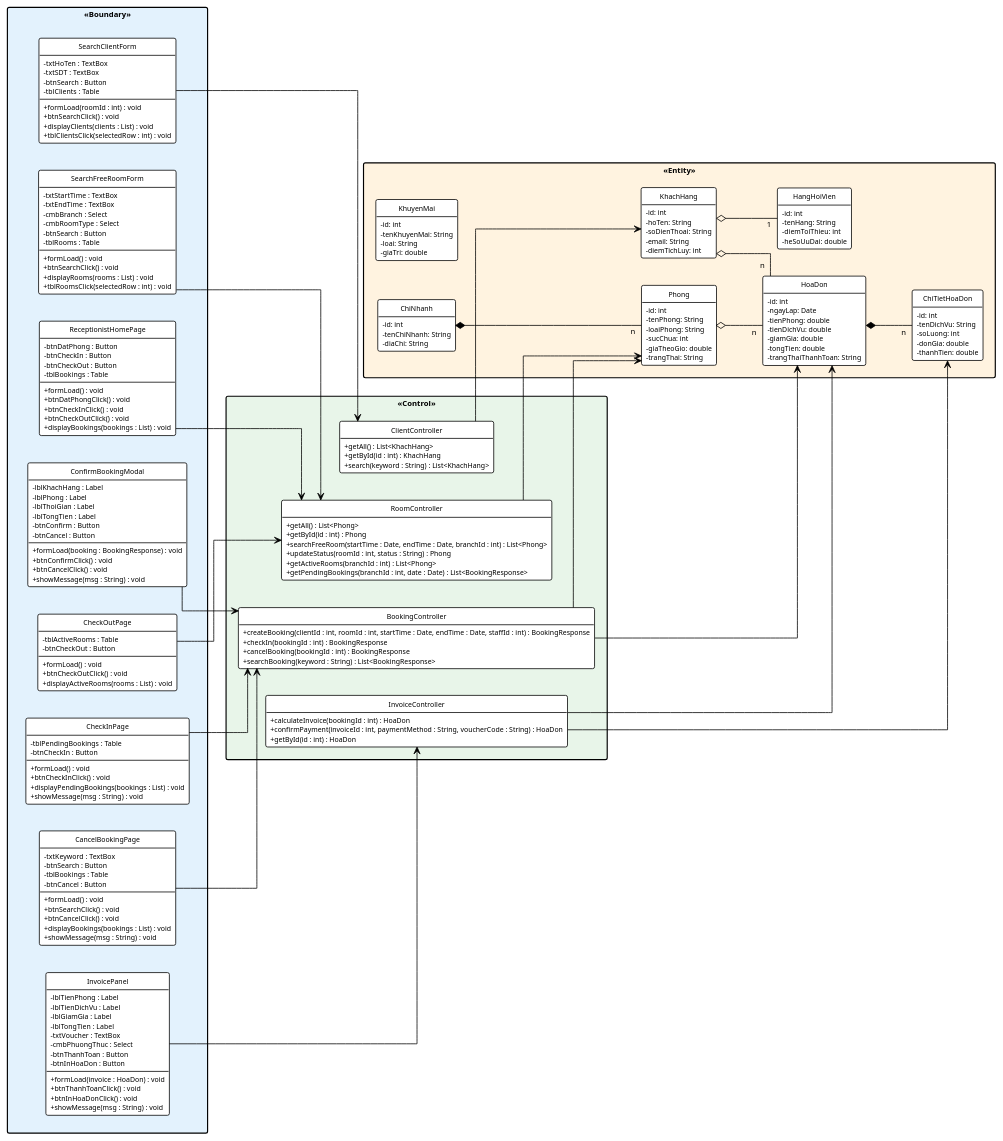
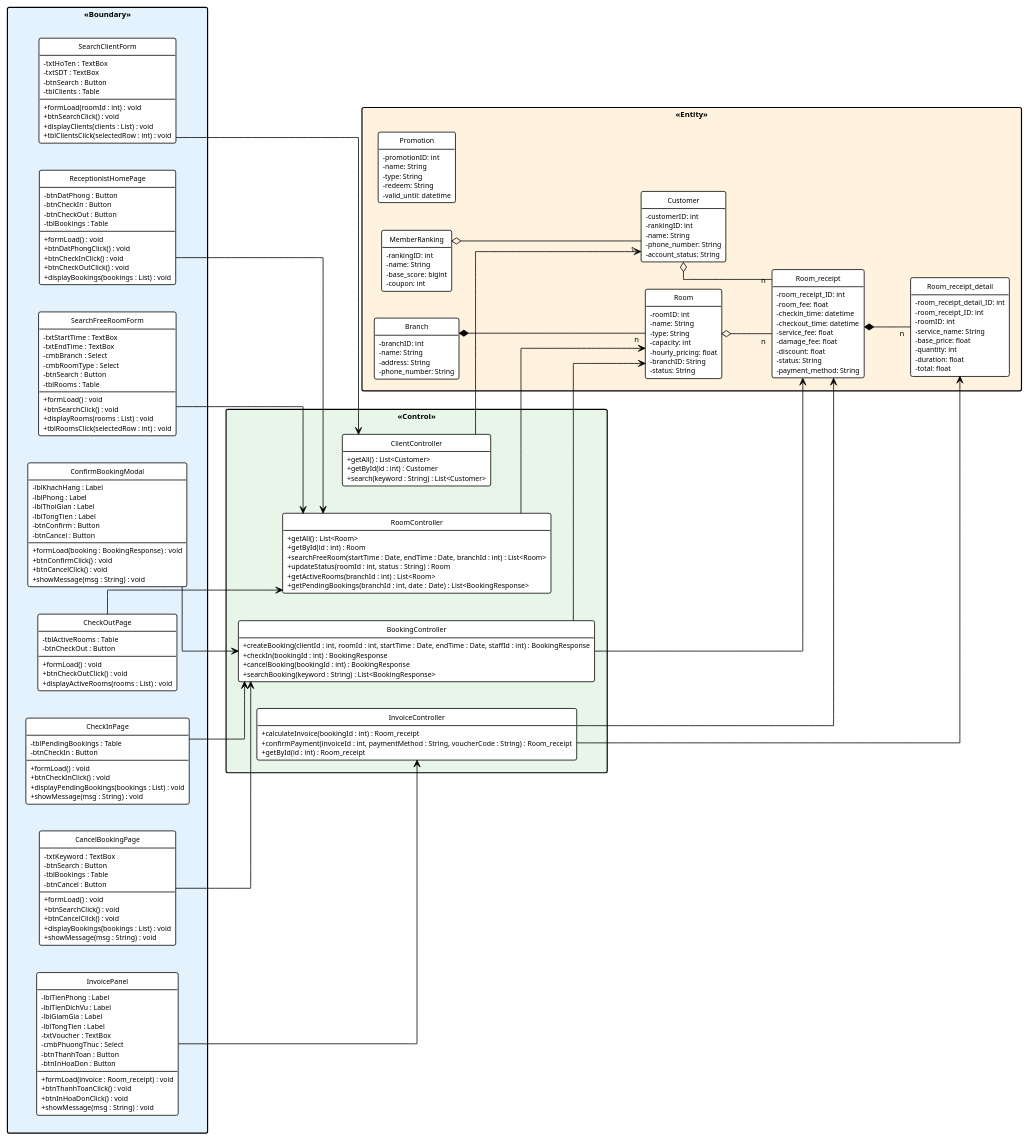
The diagram in docs/tabs/section-booking-iii.3.2.md (thanhtrnnn/cnpm), drawn with PlantUML before and after one commit. The commit also changed other lines of this file and 4 other files, not shown here.

````diff
--- a/docs/tabs/section-booking-iii.3.2.md
+++ b/docs/tabs/section-booking-iii.3.2.md
@@ -278,7 +278,7 @@
       -cmbPhuongThuc : Select
       -btnThanhToan : Button
       -btnInHoaDon : Button
-      +formLoad(invoice : HoaDon) : void
+      +formLoad(invoice : Room_receipt) : void
       +btnThanhToanClick() : void
       +btnInHoaDonClick() : void
       +showMessage(msg : String) : void
@@ -299,17 +299,17 @@
 
 package "<<Control>>" #E8F5E9 {
   class RoomController {
-    +getAll() : List<Phong>
-    +getById(id : int) : Phong
-    +searchFreeRoom(startTime : Date, endTime : Date, branchId : int) : List<Phong>
-    +updateStatus(roomId : int, status : String) : Phong
-    +getActiveRooms(branchId : int) : List<Phong>
+    +getAll() : List<Room>
+    +getById(id : int) : Room
+    +searchFreeRoom(startTime : Date, endTime : Date, branchId : int) : List<Room>
+    +updateStatus(roomId : int, status : String) : Room
+    +getActiveRooms(branchId : int) : List<Room>
     +getPendingBookings(branchId : int, date : Date) : List<BookingResponse>
   }
   class ClientController {
-    +getAll() : List<KhachHang>
-    +getById(id : int) : KhachHang
-    +search(keyword : String) : List<KhachHang>
+    +getAll() : List<Customer>
+    +getById(id : int) : Customer
+    +search(keyword : String) : List<Customer>
   }
   class BookingController {
     +createBooking(clientId : int, roomId : int, startTime : Date, endTime : Date, staffId : int) : BookingResponse
@@ -318,60 +318,68 @@
     +searchBooking(keyword : String) : List<BookingResponse>
   }
   class InvoiceController {
-    +calculateInvoice(bookingId : int) : HoaDon
-    +confirmPayment(invoiceId : int, paymentMethod : String, voucherCode : String) : HoaDon
-    +getById(id : int) : HoaDon
+    +calculateInvoice(bookingId : int) : Room_receipt
+    +confirmPayment(invoiceId : int, paymentMethod : String, voucherCode : String) : Room_receipt
+    +getById(id : int) : Room_receipt
   }
 }
 
 package "<<Entity>>" #FFF3E0 {
-  class Phong {
-    -id: int
-    -tenPhong: String
-    -loaiPhong: String
-    -sucChua: int
-    -giaTheoGio: double
-    -trangThai: String
+  class Room {
+    -roomID: int
+    -name: String
+    -type: String
+    -capacity: int
+    -hourly_pricing: float
+    -branchID: String
+    -status: String
   }
-  class KhachHang {
-    -id: int
-    -hoTen: String
-    -soDienThoai: String
-    -email: String
-    -diemTichLuy: int
+  class Customer {
+    -customerID: int
+    -rankingID: int
+    -name: String
+    -phone_number: String
+    -account_status: String
   }
-  class HoaDon {
-    -id: int
-    -ngayLap: Date
-    -tienPhong: double
-    -tienDichVu: double
-    -giamGia: double
-    -tongTien: double
-    -trangThaiThanhToan: String
+  class Room_receipt {
+    -room_receipt_ID: int
+    -room_fee: float
+    -checkin_time: datetime
+    -checkout_time: datetime
+    -service_fee: float
+    -damage_fee: float
+    -discount: float
+    -status: String
+    -payment_method: String
   }
-  class ChiTietHoaDon {
-    -id: int
-    -tenDichVu: String
-    -soLuong: int
-    -donGia: double
-    -thanhTien: double
+  class Room_receipt_detail {
+    -room_receipt_detail_ID: int
+    -room_receipt_ID: int
+    -roomID: int
+    -service_name: String
+    -base_price: float
+    -quantity: int
+    -duration: float
+    -total: float
   }
-  class KhuyenMai {
-    -id: int
-    -tenKhuyenMai: String
-    -loai: String
-    -giaTri: double
+  class Promotion {
+    -promotionID: int
+    -name: String
+    -type: String
+    -redeem: String
+    -valid_until: datetime
   }
-  class ChiNhanh {
-    -id: int
-    -tenChiNhanh: String
-    -diaChi: String
+  class Branch {
+    -branchID: int
+    -name: String
+    -address: String
+    -phone_number: String
   }
-  class HangHoiVien {
-    -id: int
-    -tenHang: String
-    -diemToiThieu: int
-    -heSoUuDai: double
+  class MemberRanking {
+    -rankingID: int
+    -name: String
+    -base_score: bigint
+    -coupon: int
   }
 }
 
@@ -386,18 +394,18 @@
 CancelBookingPage --> BookingController
 
 ' Control -> Entity
-RoomController --> Phong
-ClientController --> KhachHang
-BookingController --> HoaDon
-BookingController --> Phong
-InvoiceController --> HoaDon
-InvoiceController --> ChiTietHoaDon
+RoomController --> Room
+ClientController --> Customer
+BookingController --> Room_receipt
+BookingController --> Room
+InvoiceController --> Room_receipt
+InvoiceController --> Room_receipt_detail
 
 ' Entity relationships
-ChiNhanh *-- "n" Phong
-KhachHang o-- "1" HangHoiVien
-HoaDon *-- "n" ChiTietHoaDon
-KhachHang o-- "n" HoaDon
-Phong o-- "n" HoaDon
+Branch *-- "n" Room
+MemberRanking o-- "1" Customer
+Room_receipt *-- "n" Room_receipt_detail
+Customer o-- "n" Room_receipt
+Room o-- "n" Room_receipt
 @enduml
 ```
````
